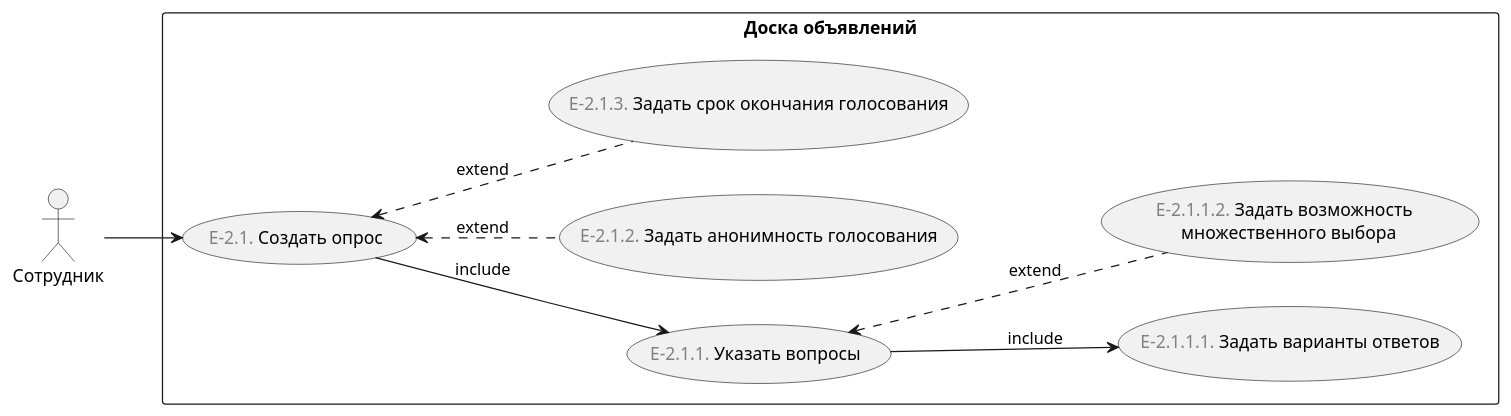
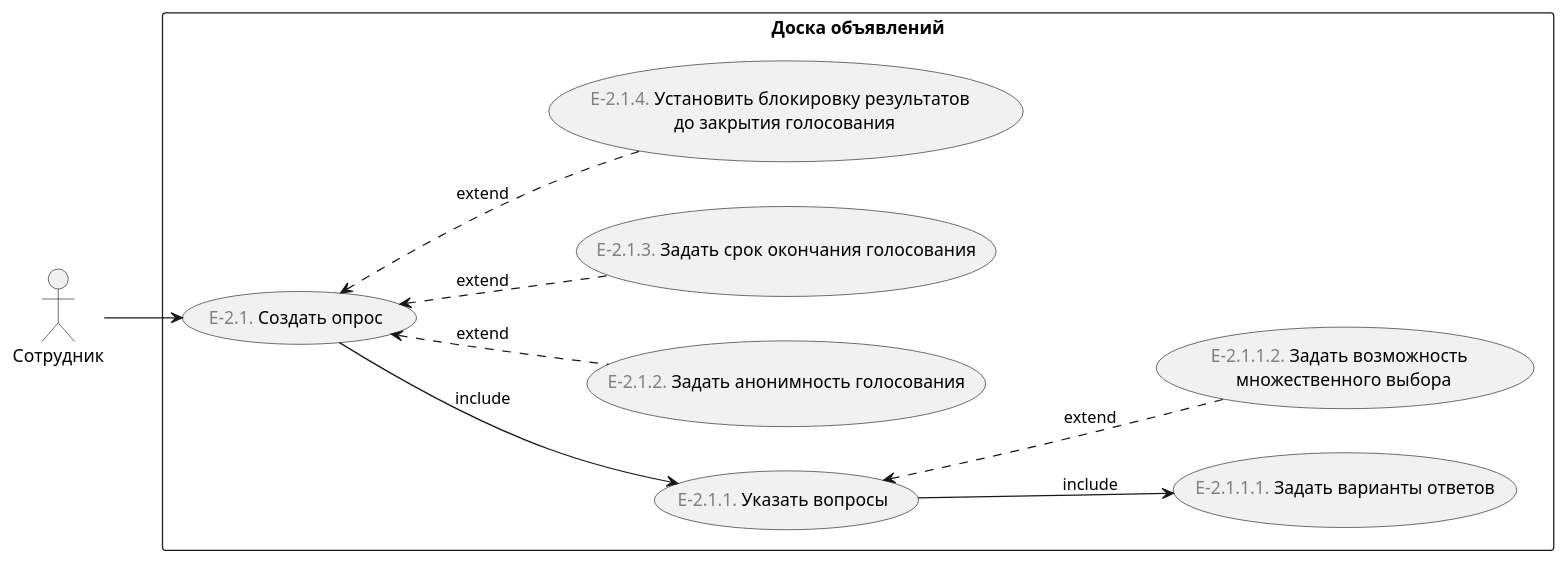
One commit to astu-app/ASTU-Bulletin-Board-Server changed the diagram in doc/диаграммы/варианты-использования/создать-опрос.puml. Above: the diagram before and after it, drawn with PlantUML. The commit also changed 9 other files, not shown here.

Commit message:
Удалил нереализованные варианты использования и добавил один новый в диаграмму и пометил удаляемые и добавляемые варианты использования в файле с реестром вариантов использования.

```diff
--- a/doc/диаграммы/варианты-использования/создать-опрос.puml
+++ b/doc/диаграммы/варианты-использования/создать-опрос.puml
@@ -1,21 +1,22 @@
 @startuml
 'https://plantuml.com/use-case-diagram
 
 left to right direction
 
 :Сотрудник: as employee
 
 rectangle "Доска объявлений" {
     (<font color="gray">E-2.1.</font> Создать опрос) as create_survey
     (<font color="gray">E-2.1.1.</font> Указать вопросы) as add_questions
 
     employee --> create_survey 
     
     create_survey --> add_questions : include
     create_survey <.. (<font color="gray">E-2.1.2.</font> Задать анонимность голосования) : extend
     create_survey <.. (<font color="gray">E-2.1.3.</font> Задать срок окончания голосования) : extend 
+    create_survey <.. (<font color="gray">E-2.1.4.</font> Установить блокировку результатов \n до закрытия голосования) : extend 
     add_questions --> (<font color="gray">E-2.1.1.1.</font> Задать варианты ответов) : include
     add_questions <.. (<font color="gray">E-2.1.1.2.</font> Задать возможность \n множественного выбора) : extend
 }
 
 @enduml
```
